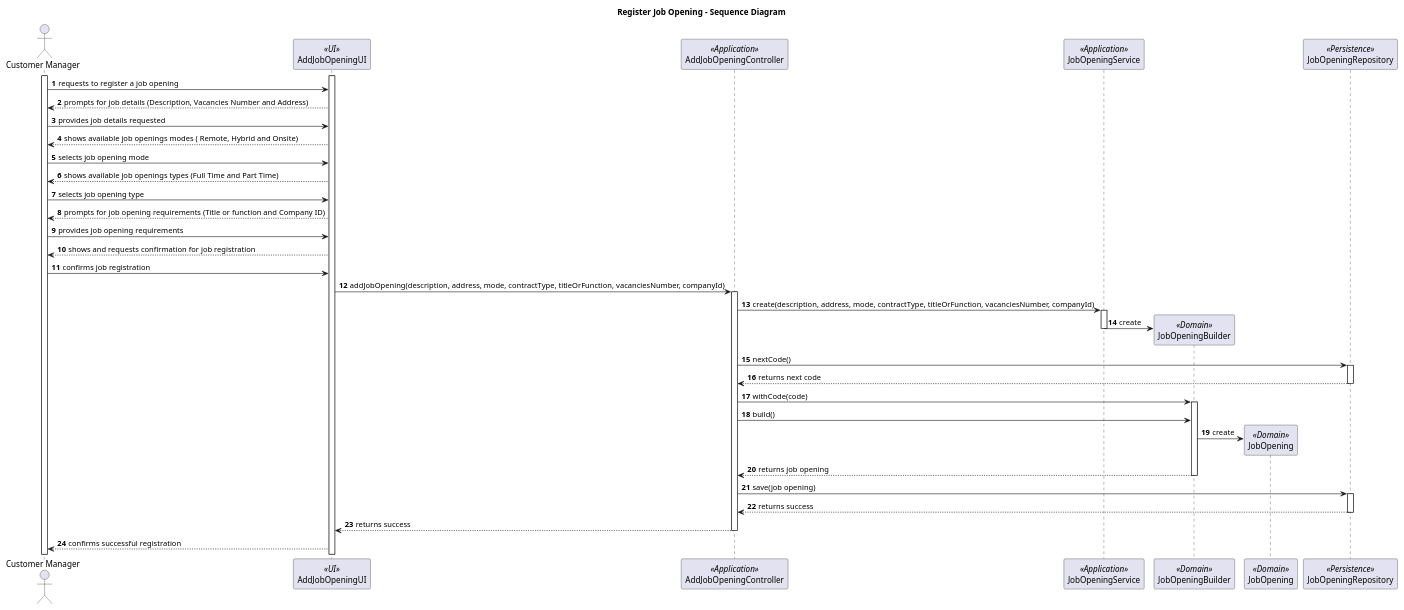
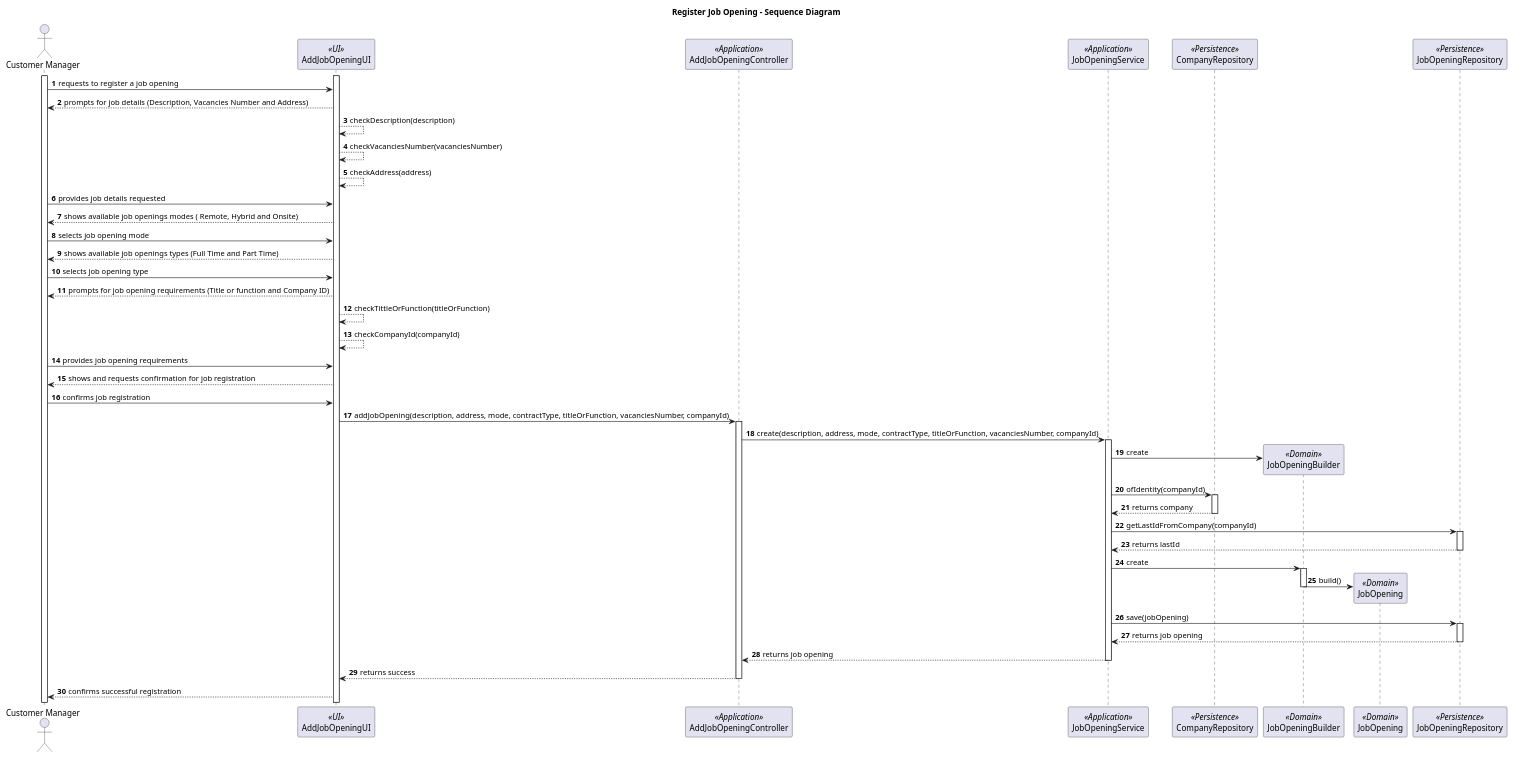
Before and after one commit to marcoferreira37/Lapr4: the diagram in docs/sprintB/1002/1002-sequence-diagram.puml, drawn with PlantUML.

Commit message:
#16 [1002] Update of the Sequence Diagram

```diff
--- a/docs/sprintB/1002/1002-sequence-diagram.puml
+++ b/docs/sprintB/1002/1002-sequence-diagram.puml
@@ -1,89 +1,120 @@
 @startuml
 
 title Register Job Opening - Sequence Diagram
 
 autonumber
 actor "Customer Manager" as M
 participant AddJobOpeningUI  as UI <<UI>>
 participant AddJobOpeningController as Controller <<Application>>
 participant JobOpeningService as JS <<Application>>
+participant CompanyRepository as CRepo <<Persistence>>
 participant JobOpeningBuilder as JB <<Domain>>
 participant JobOpening as JO <<Domain>>
 participant JobOpeningRepository as JRepo <<Persistence>>
-
 
 activate M
 activate UI
 
 M -> UI : requests to register a job opening
 
 UI --> M : prompts for job details (Description, Vacancies Number and Address)
+
+UI --> UI : checkDescription(description)
+
+UI --> UI : checkVacanciesNumber(vacanciesNumber)
+
+UI --> UI : checkAddress(address)
 
 M -> UI : provides job details requested
 
 UI --> M : shows available job openings modes ( Remote, Hybrid and Onsite)
 
 M -> UI : selects job opening mode
 
 UI --> M : shows available job openings types (Full Time and Part Time)
 
 M -> UI : selects job opening type
 
 UI --> M :  prompts for job opening requirements (Title or function and Company ID)
+
+UI --> UI: checkTittleOrFunction(titleOrFunction)
+
+UI --> UI: checkCompanyId(companyId)
 
 M -> UI : provides job opening requirements
 
 UI --> M : shows and requests confirmation for job registration
 
 M -> UI : confirms job registration
 
 UI -> Controller: addJobOpening(description, address, mode, contractType, titleOrFunction, vacanciesNumber, companyId)
 
 activate Controller
 
 Controller -> JS : create(description, address, mode, contractType, titleOrFunction, vacanciesNumber, companyId)
 
 activate JS
 
 JS -> JB**: create
 
+JS -> CRepo: ofIdentity(companyId)
 
-deactivate JS
+activate CRepo
 
-Controller -> JRepo : nextCode()
+CRepo --> JS: returns company
+
+deactivate CRepo
+
+JS -> JRepo: getLastIdFromCompany(companyId)
+
 activate JRepo
 
-JRepo --> Controller: returns next code
+JRepo --> JS: returns lastId
+
 deactivate JRepo
-
-Controller -> JB: withCode(code)
-activate JB
 
 'Controller -> JB: withDescription(description)
 'Controller -> JB: withAddress(address)
 'Controller -> JB: withMode(mode)
 'Controller -> JB: withContractType(contractType)
 'Controller -> JB: withTitleOrFunction(titleOrFunction)
 'Controller -> JB: withVacanciesNumber(vacanciesNumber)
 'Controller -> JB: withCompanyId(companyId)
 
-Controller -> JB: build()
 
 deactivate JRepo
-JB -> JO**: create
-JB --> Controller: returns job opening
+JS -> JB: create
+
+activate JB
+
+JB -> JO**: build()
+
 deactivate JB
 
 
 
-Controller -> JRepo: save(job opening)
+
+
+JS -> JRepo: save(jobOpening)
+
+
 activate JRepo
 
-JRepo --> Controller: returns success
+JRepo --> JS: returns job opening
+
+deactivate JRepo
+
+JS --> Controller: returns job opening
+
+deactivate JS
+
+deactivate JB
+
+
 deactivate JRepo
 Controller --> UI: returns success
 deactivate Controller
 
 UI --> M: confirms successful registration
 
 @enduml
```
